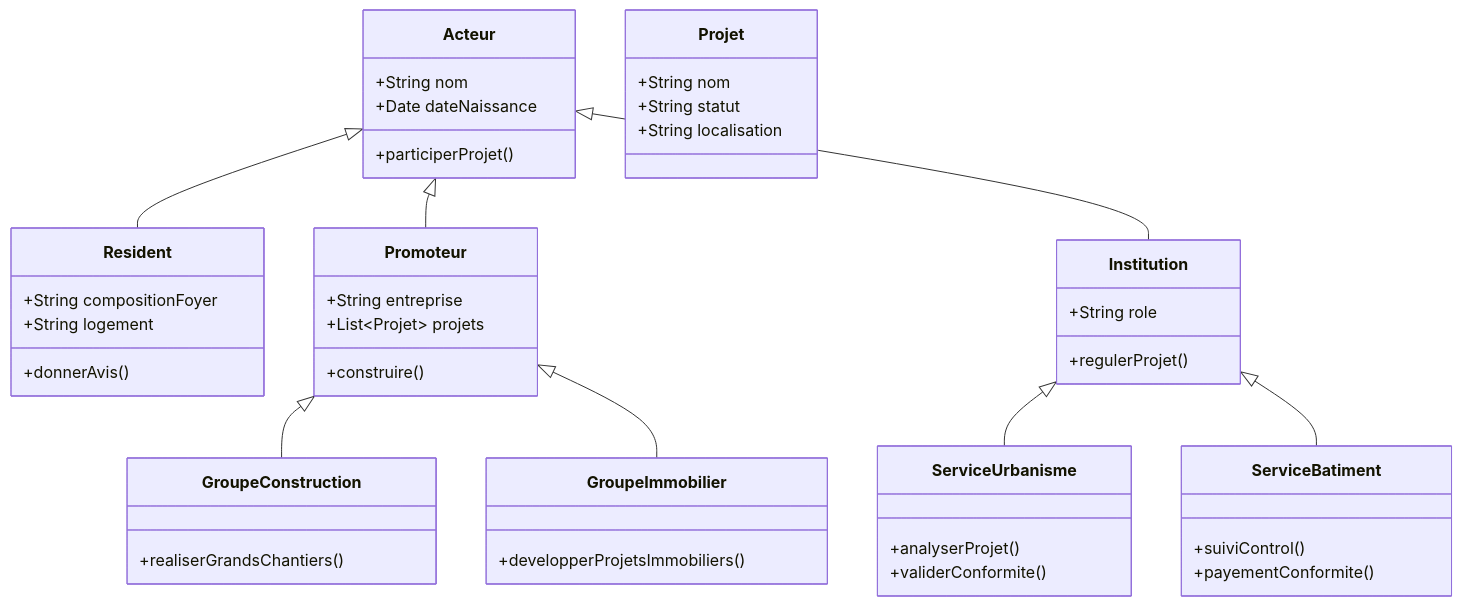
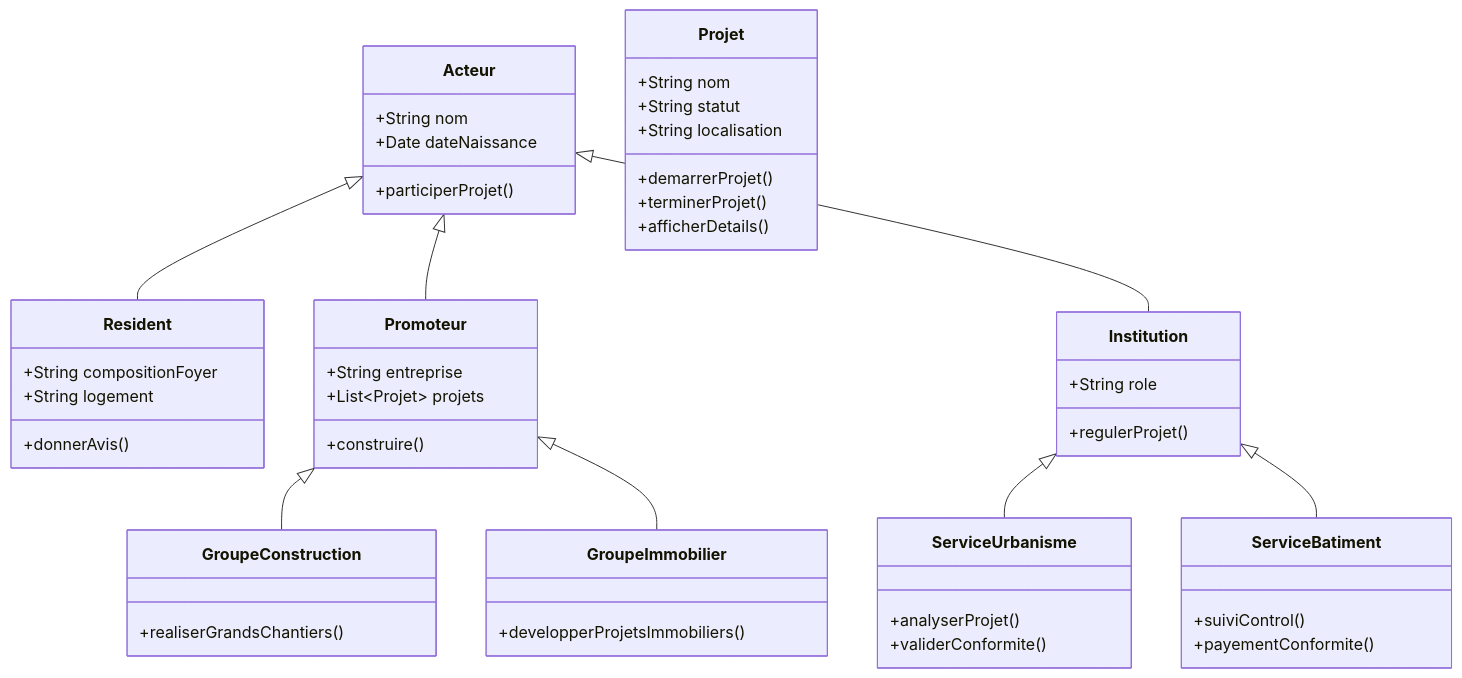
The diagram in acteursTGY95.md (kahiarchi/plaine---saint--Denis---batiment-), drawn with Mermaid before and after one commit.

````diff
--- a/acteursTGY95.md
+++ b/acteursTGY95.md
@@ -1,59 +1,62 @@
 ```mermaid
 classDiagram
     class Acteur {
         +String nom
         +Date dateNaissance
         +participerProjet()
     }
 
     class Resident {
         +String compositionFoyer
         +String logement
         +donnerAvis()
     }
 
     class Promoteur {
         +String entreprise
         +List~Projet~ projets
         +construire()
     }
 
     class GroupeConstruction {
         +realiserGrandsChantiers()
     }
 
     class GroupeImmobilier {
         +developperProjetsImmobiliers()
     }
 
     class Institution {
         +String role
         +regulerProjet()
     }
 
     class ServiceUrbanisme {
         +analyserProjet()
         +validerConformite()
     }
 
     class ServiceBatiment {
         +suiviControl()
         +payementConformite()
     }
 
     class Projet {
         +String nom
         +String statut
         +String localisation
+        +demarrerProjet()
+        +terminerProjet()
+        +afficherDetails()
     }
 
   
     Acteur <|-- Resident
     Acteur <|-- Promoteur
     Acteur <|-- Institution
     Promoteur <|-- GroupeConstruction
     Promoteur <|-- GroupeImmobilier
     Institution <|-- ServiceUrbanisme
     Institution <|-- ServiceBatiment
 
 ```
````
